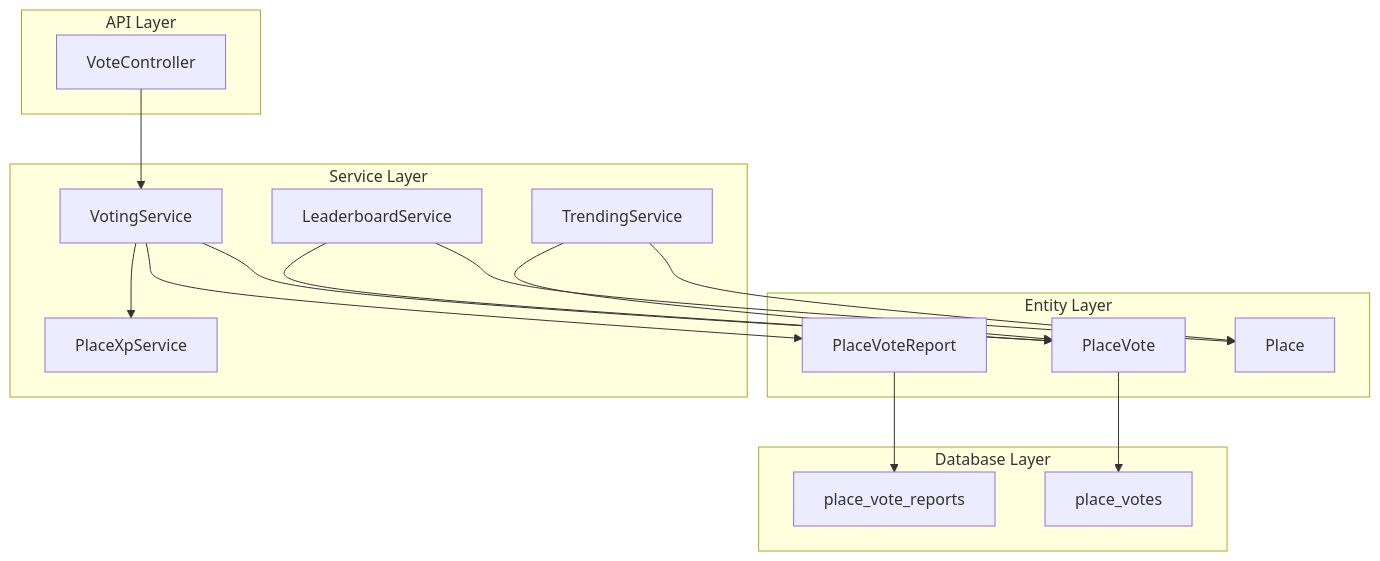
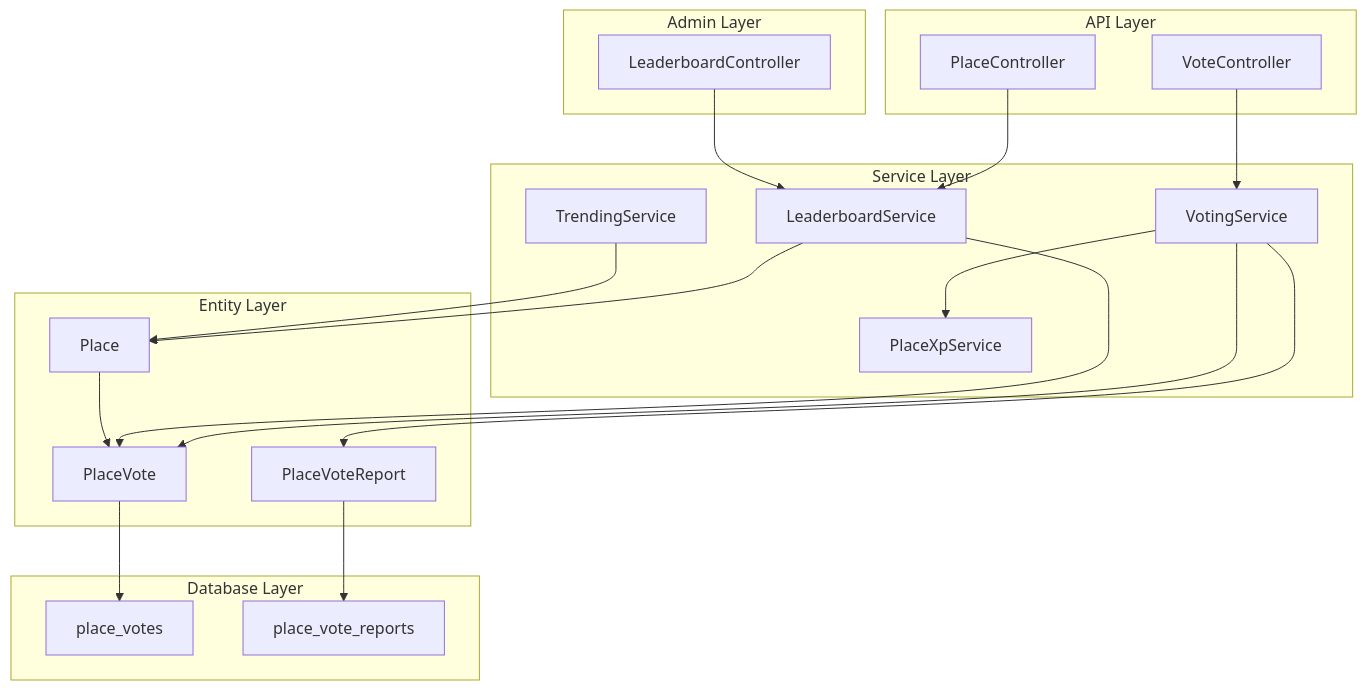
The first of 8 diagrams in .qoder/repowiki/en/content/Business Modules/PlacesToVisit Module/Voting and Rating System.md (Hamdies/waddy_back), drawn with Mermaid before and after one commit. The commit also changed other lines of this file and 4 other files, not shown here.

````diff
--- a/.qoder/repowiki/en/content/Business Modules/PlacesToVisit Module/Voting and Rating System.md
+++ b/.qoder/repowiki/en/content/Business Modules/PlacesToVisit Module/Voting and Rating System.md
@@ -40,31 +55,37 @@
 ```mermaid
 graph TB
 subgraph "Database Layer"
 PV["place_votes"]
 PVR["place_vote_reports"]
 end
 subgraph "Entity Layer"
 Place["Place"]
 PlaceVote["PlaceVote"]
 PlaceVoteReport["PlaceVoteReport"]
 end
 subgraph "Service Layer"
 VS["VotingService"]
 LBS["LeaderboardService"]
 TS["TrendingService"]
 PXPS["PlaceXpService"]
 end
 subgraph "API Layer"
 VC["VoteController"]
+PC["PlaceController"]
+end
+subgraph "Admin Layer"
+ALC["LeaderboardController"]
 end
 VC --> VS
+PC --> LBS
+ALC --> LBS
 VS --> PlaceVote
 VS --> PlaceVoteReport
 VS --> PXPS
 LBS --> Place
 LBS --> PlaceVote
 TS --> Place
-TS --> PlaceVote
 PlaceVote --> PV
 PlaceVoteReport --> PVR
+Place --> PlaceVote
 ```
````
